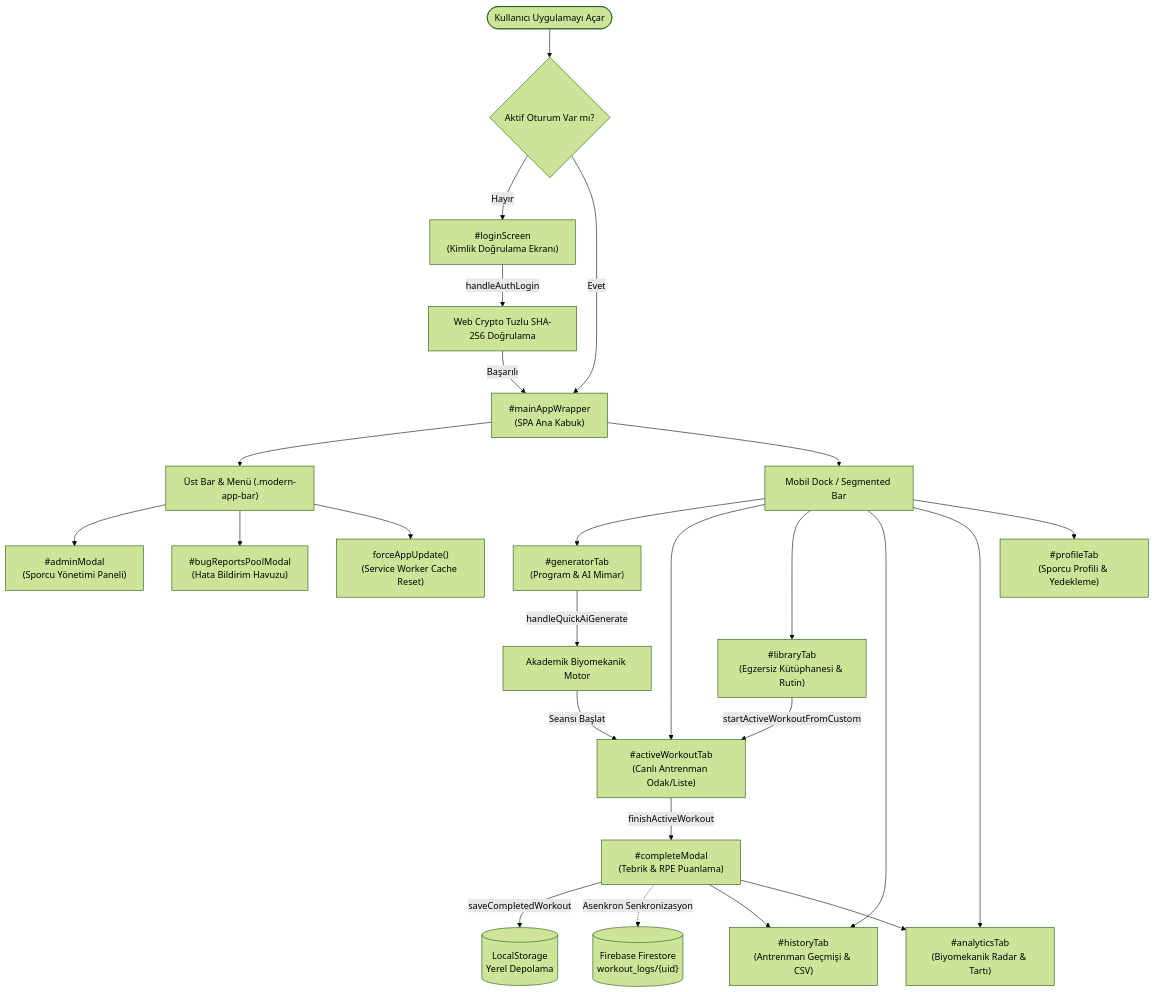
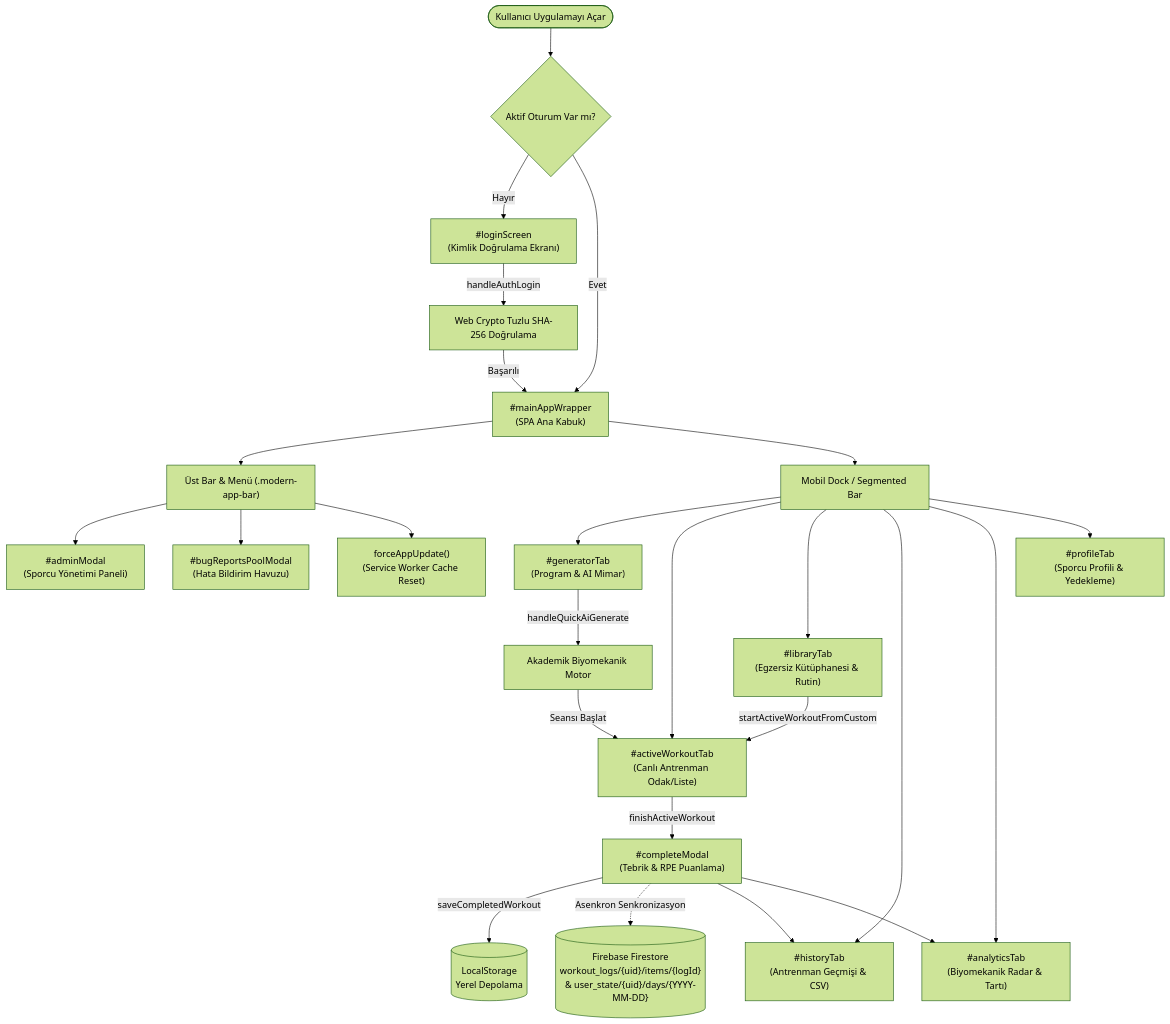
One commit to feritkantarci/fitness changed the first of 4 diagrams in docs/APP_FLOW.md. Above: the diagram before and after it, drawn with Mermaid (forest theme). The commit also changed other lines of this file and 19 other files, not shown here.

````diff
--- a/docs/APP_FLOW.md
+++ b/docs/APP_FLOW.md
@@ -104,33 +104,33 @@
 ```mermaid
 flowchart TD
     Start(["Kullanıcı Uygulamayı Açar"]) --> AuthCheck{"Aktif Oturum Var mı?"}
     
     AuthCheck -- Hayır --> LoginView["#loginScreen<br/>(Kimlik Doğrulama Ekranı)"]
     LoginView -->|handleAuthLogin| VerifyAuth["Web Crypto Tuzlu SHA-256 Doğrulama"]
     VerifyAuth -->|Başarılı| AppWrapper["#mainAppWrapper<br/>(SPA Ana Kabuk)"]
     
     AuthCheck -- Evet --> AppWrapper
 
     AppWrapper --> HeaderBar["Üst Bar & Menü (.modern-app-bar)"]
     AppWrapper --> BottomNav["Mobil Dock / Segmented Bar"]
     
     BottomNav --> Tab1["#generatorTab<br/>(Program & AI Mimar)"]
     BottomNav --> Tab2["#activeWorkoutTab<br/>(Canlı Antrenman Odak/Liste)"]
     BottomNav --> Tab3["#libraryTab<br/>(Egzersiz Kütüphanesi & Rutin)"]
     BottomNav --> Tab4["#historyTab<br/>(Antrenman Geçmişi & CSV)"]
     BottomNav --> Tab5["#analyticsTab<br/>(Biyomekanik Radar & Tartı)"]
     BottomNav --> Tab6["#profileTab<br/>(Sporcu Profili & Yedekleme)"]
 
     Tab1 -->|handleQuickAiGenerate| CalcEngine["Akademik Biyomekanik Motor"]
     CalcEngine -->|Seansı Başlat| Tab2
     Tab3 -->|startActiveWorkoutFromCustom| Tab2
     Tab2 -->|finishActiveWorkout| CompleteModal["#completeModal<br/>(Tebrik & RPE Puanlama)"]
     CompleteModal -->|saveCompletedWorkout| LocalStore[("LocalStorage<br/>Yerel Depolama")]
-    CompleteModal -.->|Asenkron Senkronizasyon| FirestoreCloud[("Firebase Firestore<br/>workout_logs/{uid}")]
+    CompleteModal -.->|Asenkron Senkronizasyon| FirestoreCloud[("Firebase Firestore<br/>workout_logs/{uid}/items/{logId}<br/>& user_state/{uid}/days/{YYYY-MM-DD}")]
     CompleteModal --> Tab4
     CompleteModal --> Tab5
 
     HeaderBar --> AdminModal["#adminModal<br/>(Sporcu Yönetimi Paneli)"]
     HeaderBar --> BugPoolModal["#bugReportsPoolModal<br/>(Hata Bildirim Havuzu)"]
     HeaderBar --> ForceUpdate["forceAppUpdate()<br/>(Service Worker Cache Reset)"]
 ```
````
